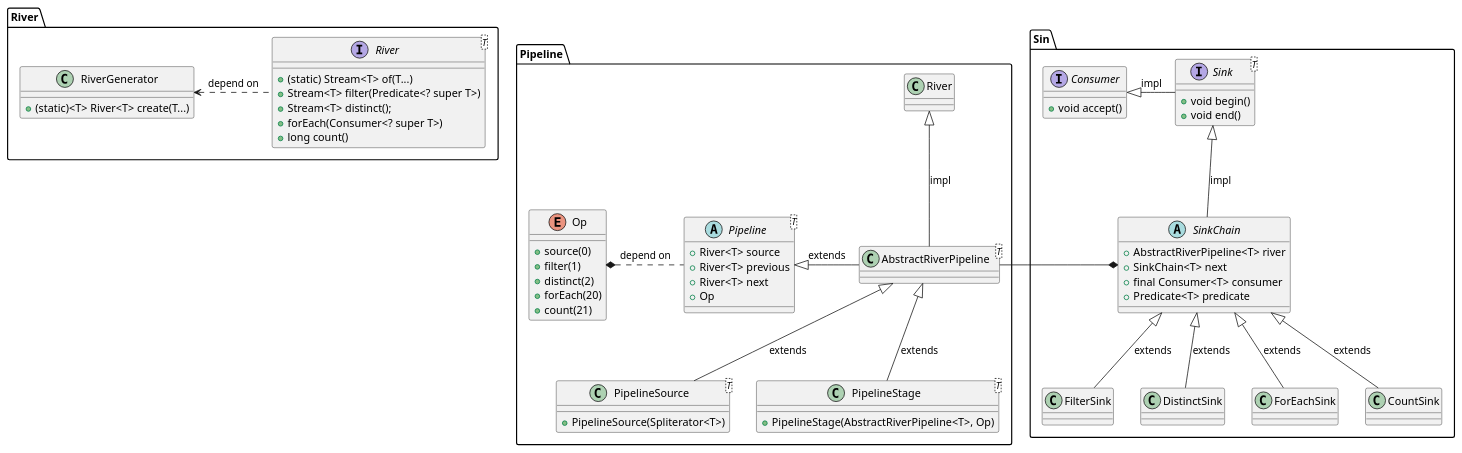
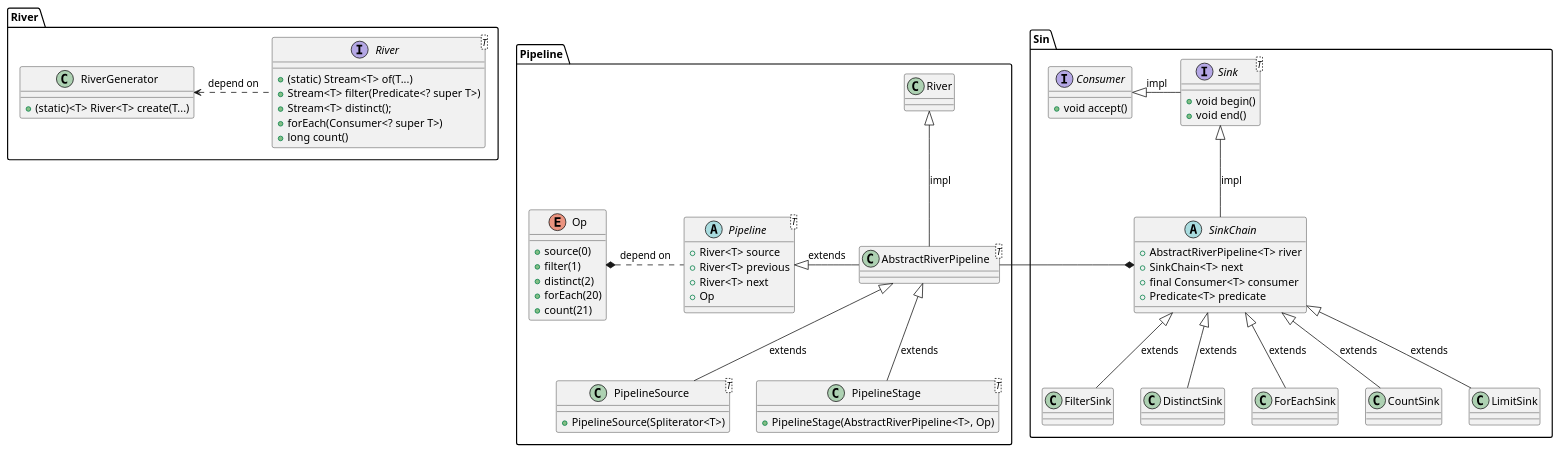
One commit to zexho994/River changed the diagram in docs/自制/类图.puml. Above: the diagram before and after it, drawn with PlantUML.

```diff
--- a/docs/自制/类图.puml
+++ b/docs/自制/类图.puml
@@ -1,79 +1,81 @@
 @startuml
 
 package River{
     interface River<T>{
         + (static) Stream<T> of(T...)
         + Stream<T> filter(Predicate<? super T>)
         + Stream<T> distinct();
         + forEach(Consumer<? super T>)
         + long count()
     }
 
     class RiverGenerator{
         + (static)<T> River<T> create(T...)
     }
     River .left.> RiverGenerator : depend on
 }
 
 
 package Pipeline{
     abstract Pipeline<T>{
         + River<T> source
         + River<T> previous
         + River<T> next
         + Op
     }
     Pipeline .left* Op : depend on
 
     class AbstractRiverPipeline<T>{}
     River <|-down- AbstractRiverPipeline : impl
     Pipeline <|- AbstractRiverPipeline : extends
 
     class PipelineSource<T>{
         + PipelineSource(Spliterator<T>)
     }
     class PipelineStage<T>{
         + PipelineStage(AbstractRiverPipeline<T>, Op)
     }
     AbstractRiverPipeline<|-down- PipelineSource : extends
     AbstractRiverPipeline <|-down- PipelineStage : extends
 
     enum Op{
         + source(0)
         + filter(1)
         + distinct(2)
         + forEach(20)
         + count(21)
     }
 }
 
 package Sin{
     interface Consumer{
         + void accept()
     }
     interface Sink<T>{
         + void begin()
         + void end()
     }
     Consumer <|- Sink : impl
 
     abstract SinkChain{
         + AbstractRiverPipeline<T> river
         + SinkChain<T> next
         + final Consumer<T> consumer
         + Predicate<T> predicate
     }
     Sink <|-- SinkChain : impl
     SinkChain *- AbstractRiverPipeline
 
     class FilterSink{}
     class DistinctSink{}
     class ForEachSink{}
     class CountSink{}
+    class LimitSink{}
     SinkChain <|-- FilterSink : extends
     SinkChain <|-- DistinctSink : extends
     SinkChain <|-- ForEachSink : extends
     SinkChain <|-- CountSink : extends
+    SinkChain <|-- LimitSink : extends
 }
 
 @enduml
```
